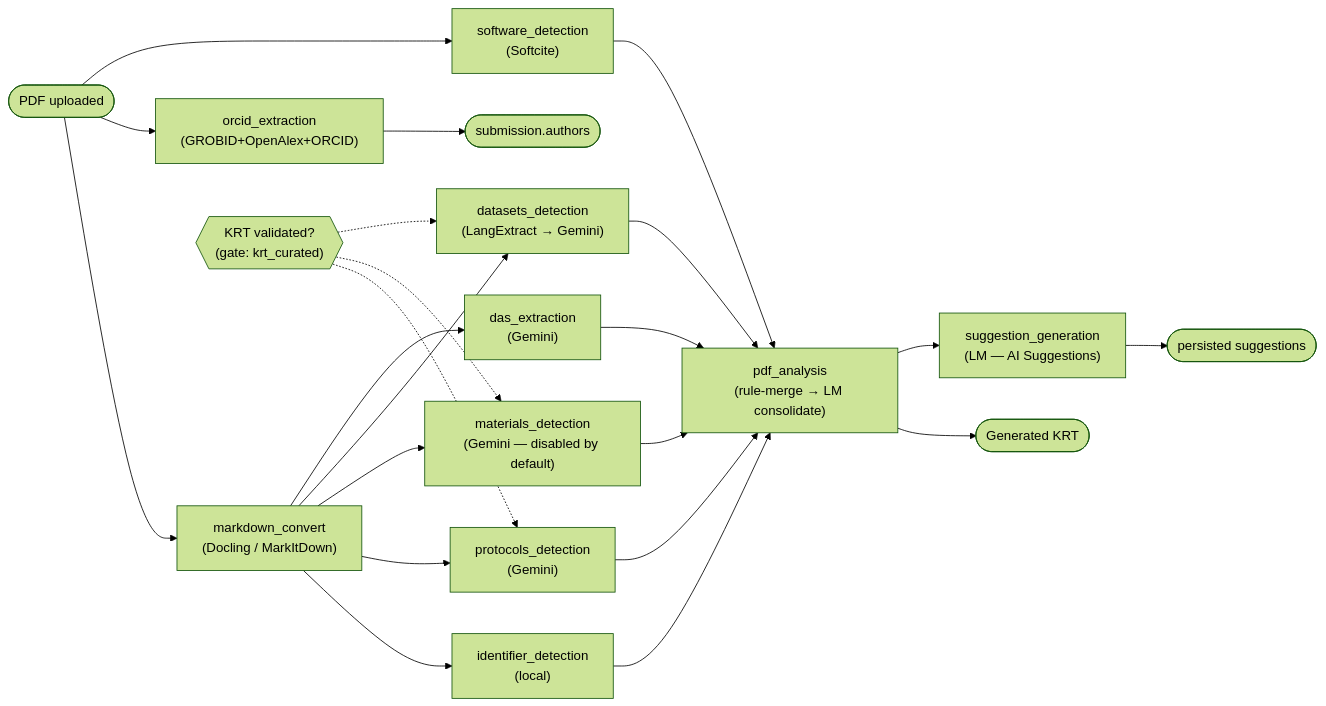
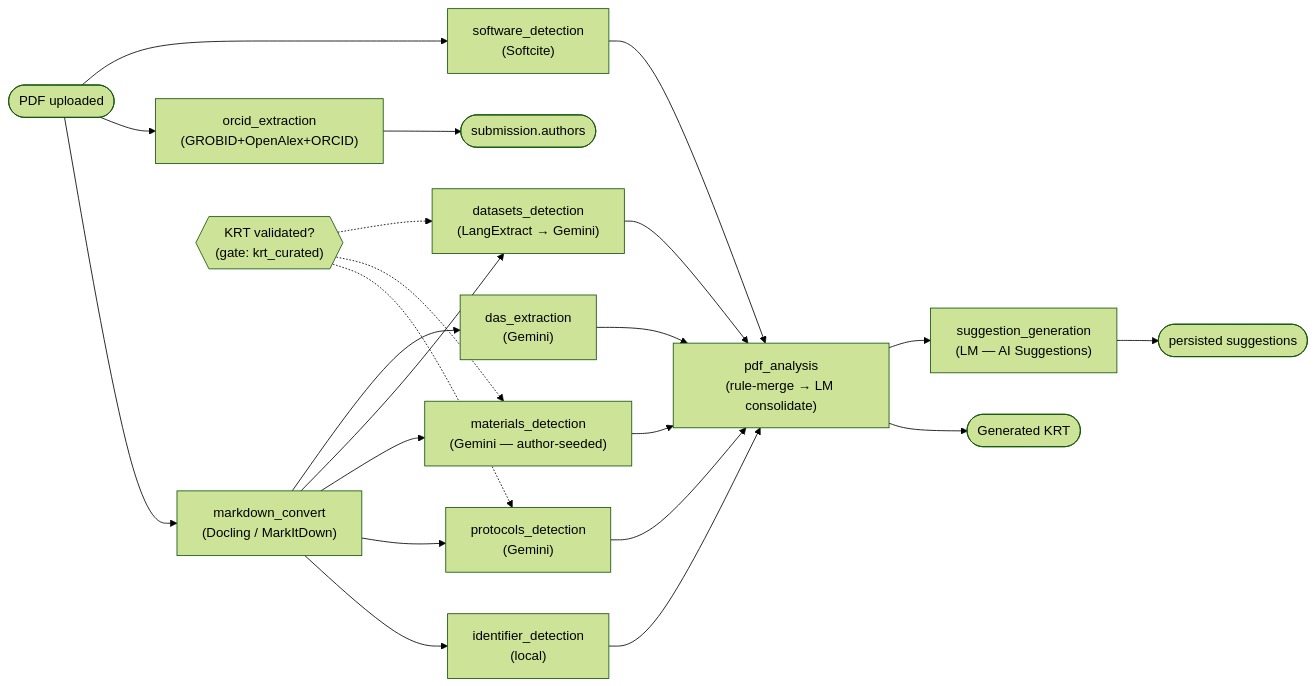
Before and after one commit to DataSeer/asap-kr-sync: the diagram in docs/background-modules.md, drawn with Mermaid (forest theme). The commit also changed 2 other files, not shown here.

Commit message:
docs: correct the stale "materials detection is disabled" claim
MATERIALS_DETECTION_ENABLED resolves to true and demo data is off, so the module
runs in the normal pipeline. Three places said otherwise:

- README feature list claimed "currently disabled — module result quality is too
  low to ship"; replaced with what it actually does (author-seeded, so it waits
  for KRT validation).
- background-modules.md and master-setup-guide.md pipeline diagrams labelled the
  node "Gemini — disabled by default"; now "Gemini — author-seeded", matching the
  datasets/protocols nodes and the gating text already in §1.

external-apis.md was left alone: it only documents the
MATERIALS_DETECTION_ENABLED=false switch, which is still accurate.

````diff
--- a/docs/background-modules.md
+++ b/docs/background-modules.md
@@ -36,24 +36,24 @@
 ```mermaid
 flowchart LR
     UP(["PDF uploaded"]) --> SW["software_detection<br/>(Softcite)"]
     UP --> OR["orcid_extraction<br/>(GROBID+OpenAlex+ORCID)"]
     UP --> MDC["markdown_convert<br/>(Docling / MarkItDown)"]
     MDC --> DAS["das_extraction<br/>(Gemini)"]
     MDC --> DS["datasets_detection<br/>(LangExtract → Gemini)"]
-    MDC --> MAT["materials_detection<br/>(Gemini — disabled by default)"]
+    MDC --> MAT["materials_detection<br/>(Gemini — author-seeded)"]
     MDC --> PR["protocols_detection<br/>(Gemini)"]
     MDC --> ID["identifier_detection<br/>(local)"]
     KRTV{{"KRT validated?<br/>(gate: krt_curated)"}} -.-> DS
     KRTV -.-> MAT
     KRTV -.-> PR
     SW --> PA["pdf_analysis<br/>(rule-merge → LM consolidate)"]
     MAT --> PA
     DAS --> PA
     DS --> PA
     PR --> PA
     ID --> PA
     PA --> SG["suggestion_generation<br/>(LM — AI Suggestions)"]
     SG --> SUG(["persisted suggestions"])
     PA --> GK(["Generated KRT"])
     OR --> AU(["submission.authors"])
 ```
````
